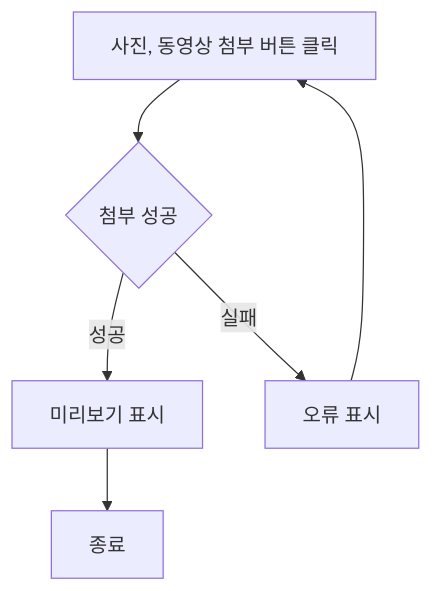
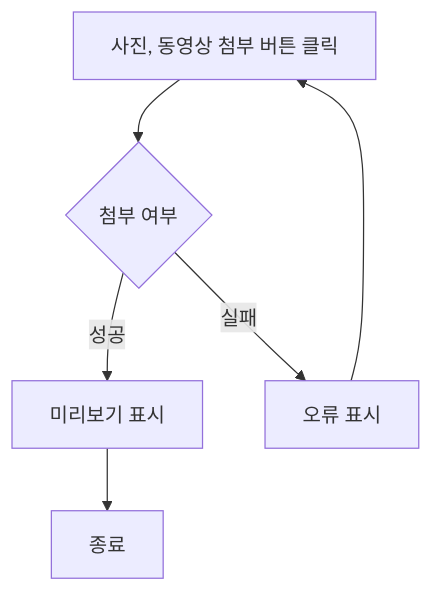
Before and after one commit to Dev-FE-2/3_swim_diary: diagram 23 of 40 in design/기능정의서.md, drawn with Mermaid. The commit also changed other lines of this file and 1 other file, not shown here.

````diff
--- a/design/기능정의서.md
+++ b/design/기능정의서.md
@@ -45,8 +528,8 @@
     ```mermaid
     flowchart TD
     C[사진, 동영상 첨부 버튼 클릭]
     G[종료]
-    C --> C1{첨부 성공}
+    C --> C1{첨부 여부}
     C1 -- 성공 --> C3[미리보기 표시] --> G
     C1 -- 실패 --> C2[오류 표시] --> C
     ```
````
